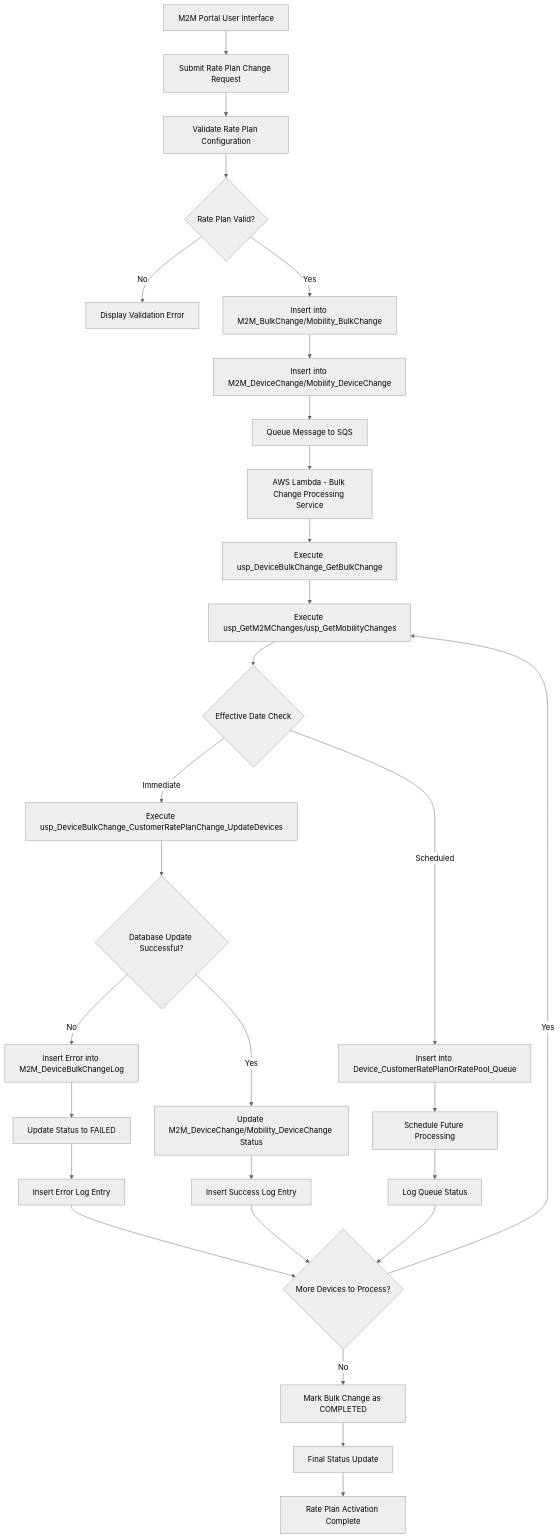
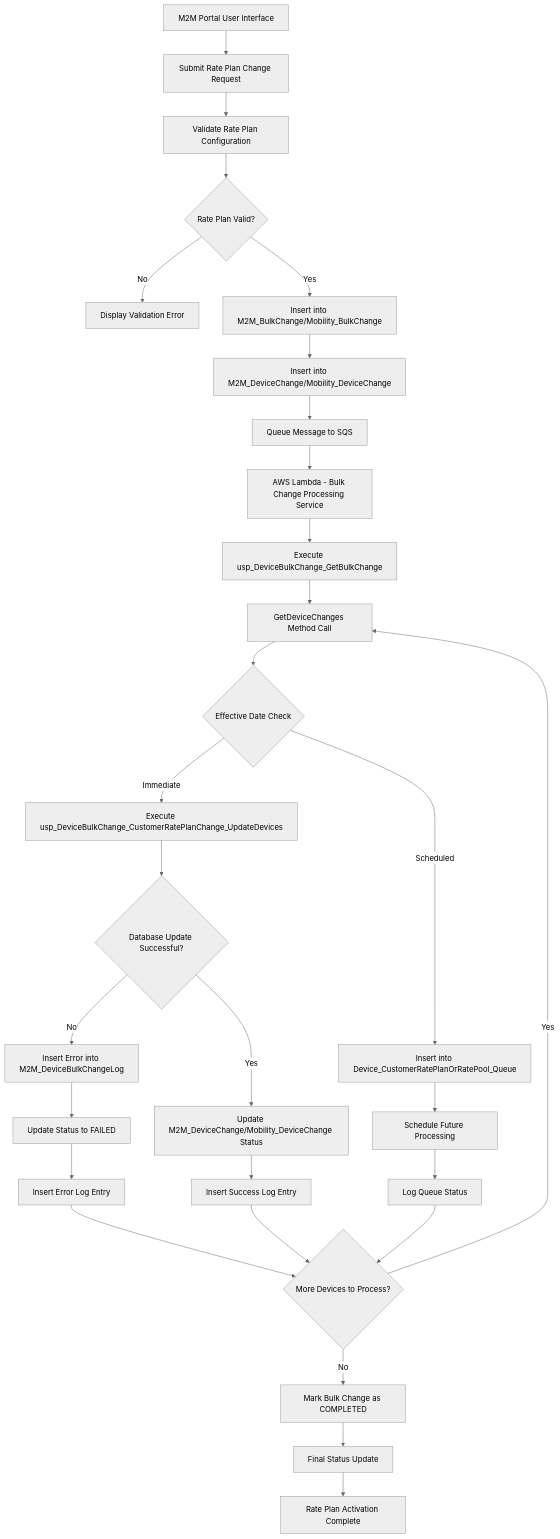
Before and after one commit to hemalathapampana/BulkChange: the diagram in Verizon_ThingSpace_CustomerRatePlan_DataFlow_Accurate.md, drawn with Mermaid (neutral theme). The commit also changed other lines of this file, not shown here.

Commit message:
Refactor device changes retrieval method with improved comments and constants

````diff
--- a/Verizon_ThingSpace_CustomerRatePlan_DataFlow_Accurate.md
+++ b/Verizon_ThingSpace_CustomerRatePlan_DataFlow_Accurate.md
@@ -180,41 +180,41 @@
 ```mermaid
 graph TD
     A[M2M Portal User Interface] --> B[Submit Rate Plan Change Request]
     B --> C[Validate Rate Plan Configuration]
     C --> D{Rate Plan Valid?}
     
     D -->|No| E[Display Validation Error]
     D -->|Yes| F[Insert into M2M_BulkChange/Mobility_BulkChange]
     
     F --> G[Insert into M2M_DeviceChange/Mobility_DeviceChange]
     G --> H[Queue Message to SQS]
     H --> I[AWS Lambda - Bulk Change Processing Service]
     
     I --> J[Execute usp_DeviceBulkChange_GetBulkChange]
-    J --> K[Execute usp_GetM2MChanges/usp_GetMobilityChanges]
+    J --> K[GetDeviceChanges Method Call]
     K --> L{Effective Date Check}
     
     L -->|Immediate| M[Execute usp_DeviceBulkChange_CustomerRatePlanChange_UpdateDevices]
     L -->|Scheduled| N[Insert into Device_CustomerRatePlanOrRatePool_Queue]
     
     M --> O{Database Update Successful?}
     N --> P[Schedule Future Processing]
     
     O -->|No| Q[Insert Error into M2M_DeviceBulkChangeLog]
     O -->|Yes| R[Update M2M_DeviceChange/Mobility_DeviceChange Status]
     
     Q --> S[Update Status to FAILED]
     R --> T[Insert Success Log Entry]
     P --> U[Log Queue Status]
     
     S --> V[Insert Error Log Entry]
     T --> W{More Devices to Process?}
     U --> W
     V --> W
     
     W -->|Yes| K
     W -->|No| X[Mark Bulk Change as COMPLETED]
     
     X --> Y[Final Status Update]
     Y --> Z[Rate Plan Activation Complete]
 ```
````
